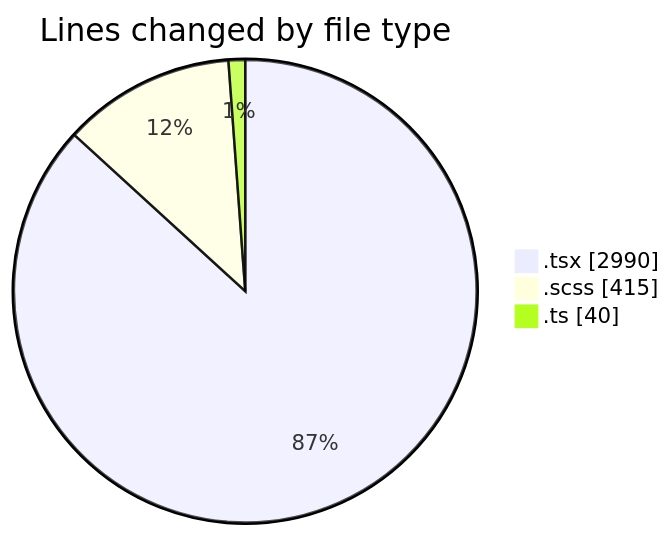
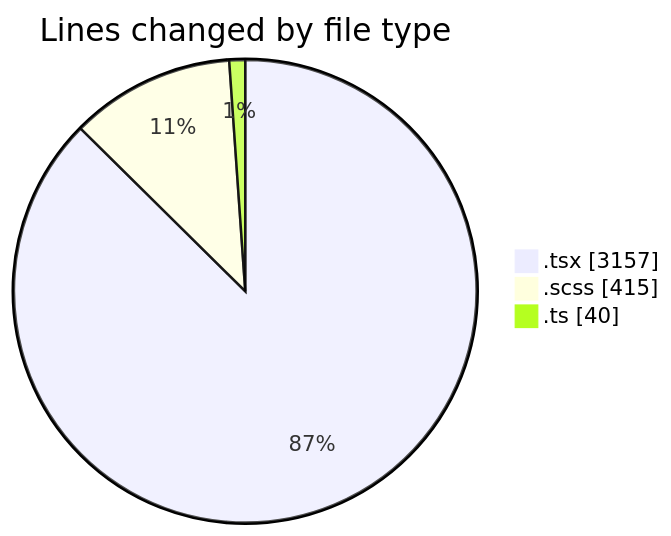
One commit to momahboobian/code-tracking changed the first of 2 diagrams in 2025-04-04/cda/README.md. Above: the diagram before and after it, drawn with Mermaid. The commit also changed other lines of this file and 1 other file, not shown here.

````diff
--- a/2025-04-04/cda/README.md
+++ b/2025-04-04/cda/README.md
@@ -34,7 +35,7 @@
 ```mermaid
 pie showData
 title Lines changed by file type
-".tsx" : 2990
+".tsx" : 3157
 ".scss" : 415
 ".ts" : 40
 ```
````
